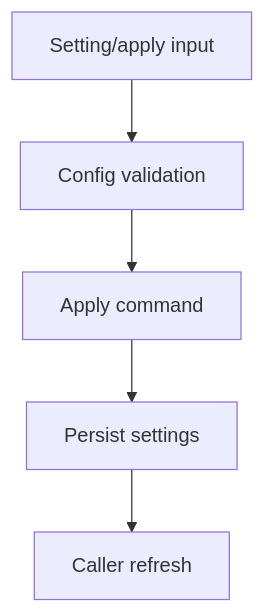
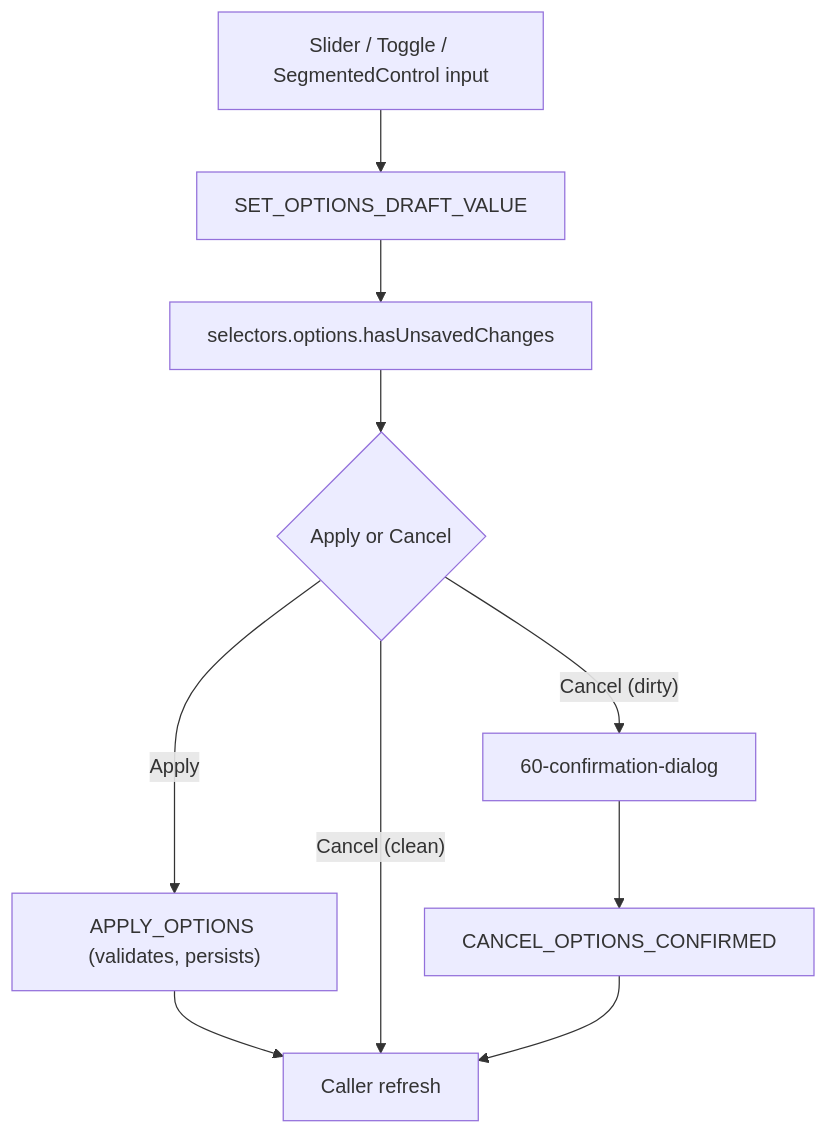
Before and after one commit to SunaNoOshiro/Heroes_Reforged_AI_Realms: the third of 5 diagrams in docs/architecture/wiki/screens/56-options/architecture.md, drawn with Mermaid. The commit also changed other lines of this file and 518 other files, not shown here.

First line of the commit message:
Add doc-audit skill and sweep architecture/screen docs

````diff
--- a/docs/architecture/wiki/screens/56-options/architecture.md
+++ b/docs/architecture/wiki/screens/56-options/architecture.md
@@ -42,8 +55,12 @@
 ```mermaid
 flowchart TD
-  I0["Setting/apply input"] --> I1
-  I1["Config validation"] --> I2
-  I2["Apply command"] --> I3
-  I3["Persist settings"] --> I4
-  I4["Caller refresh"]
+  Edit["Slider / Toggle / SegmentedControl input"] --> Slot["SET_OPTIONS_DRAFT_VALUE"]
+  Slot --> Dirty["selectors.options.hasUnsavedChanges"]
+  Dirty --> Action{Apply or Cancel}
+  Action -- Apply --> Apply["APPLY_OPTIONS (validates, persists)"]
+  Apply --> Caller["Caller refresh"]
+  Action -- "Cancel (clean)" --> Caller
+  Action -- "Cancel (dirty)" --> Confirm60["60-confirmation-dialog"]
+  Confirm60 --> CancelConfirmed["CANCEL_OPTIONS_CONFIRMED"]
+  CancelConfirmed --> Caller
 ```
````
